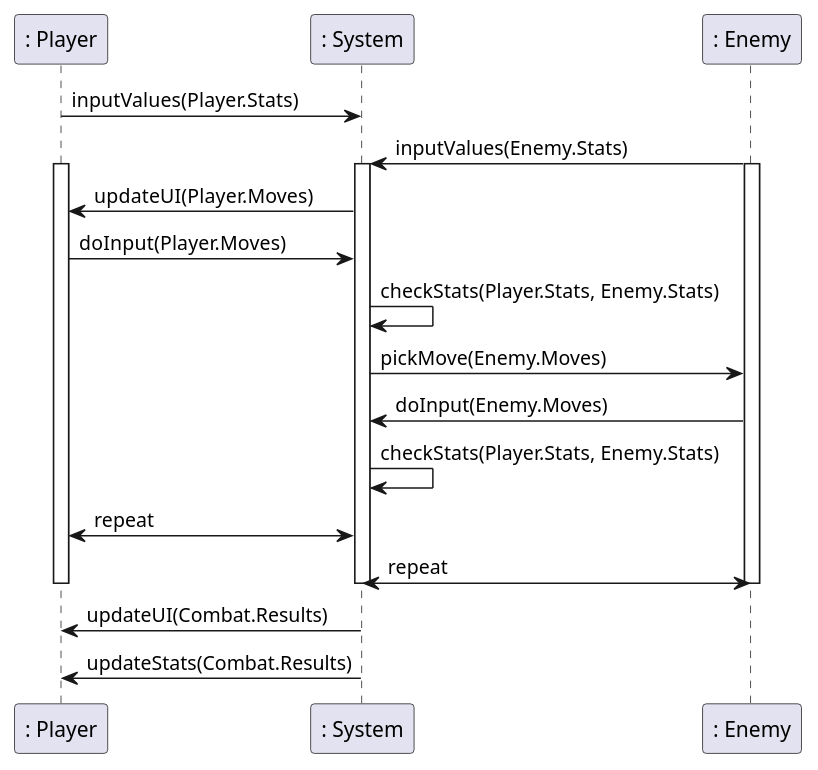
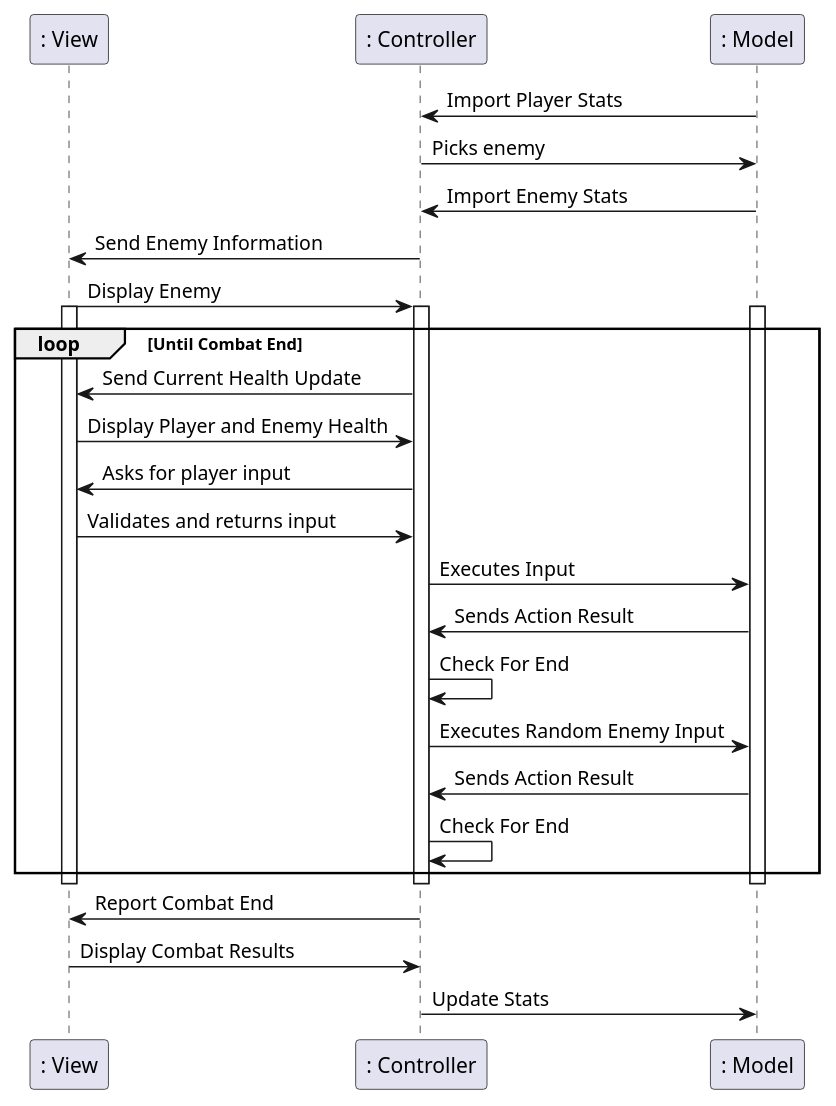
One commit to BillCheng9/Steampunk-Game changed the second of 2 diagrams in intellij/doc/design.md. Above: the diagram before and after it, drawn with PlantUML.

````diff
--- a/intellij/doc/design.md
+++ b/intellij/doc/design.md
@@ -34,33 +34,40 @@
 ```plantuml
 
-participant ": Player" as player
-participant ": System" as system
-participant ": Enemy" as enemy
+participant ": View" as view
+participant ": Controller" as control
+participant ": Model" as model
 
-player -> system : inputValues(Player.Stats)
-enemy -> system : inputValues(Enemy.Stats)
+model -> control : Import Player Stats
+control -> model : Picks enemy
+model -> control : Import Enemy Stats
+control -> view :Send Enemy Information
+view -> control : Display Enemy
 
-activate player
-activate system
-activate enemy
+activate view
+activate control
+activate model
 
-system -> player : updateUI(Player.Moves)
-player -> system : doInput(Player.Moves)
+loop Until Combat End
+control -> view : Send Current Health Update
+view -> control : Display Player and Enemy Health
+control -> view : Asks for player input
+view -> control : Validates and returns input
+control -> model : Executes Input
+model -> control : Sends Action Result
 
-system -> system : checkStats(Player.Stats, Enemy.Stats)
+control -> control : Check For End
 
-system -> enemy : pickMove(Enemy.Moves)
-enemy -> system : doInput(Enemy.Moves)
+control -> model : Executes Random Enemy Input
+model -> control : Sends Action Result
 
-system -> system : checkStats(Player.Stats, Enemy.Stats)
+control -> control : Check For End
+end
 
-player <-> system : repeat
-system <-> enemy : repeat
+deactivate view
+deactivate control
+deactivate model
 
-deactivate player
-deactivate system
-deactivate enemy
-
-system -> player : updateUI(Combat.Results)
-system -> player : updateStats(Combat.Results)
+control -> view : Report Combat End
+view -> control : Display Combat Results
+control -> model : Update Stats
 ```
````
